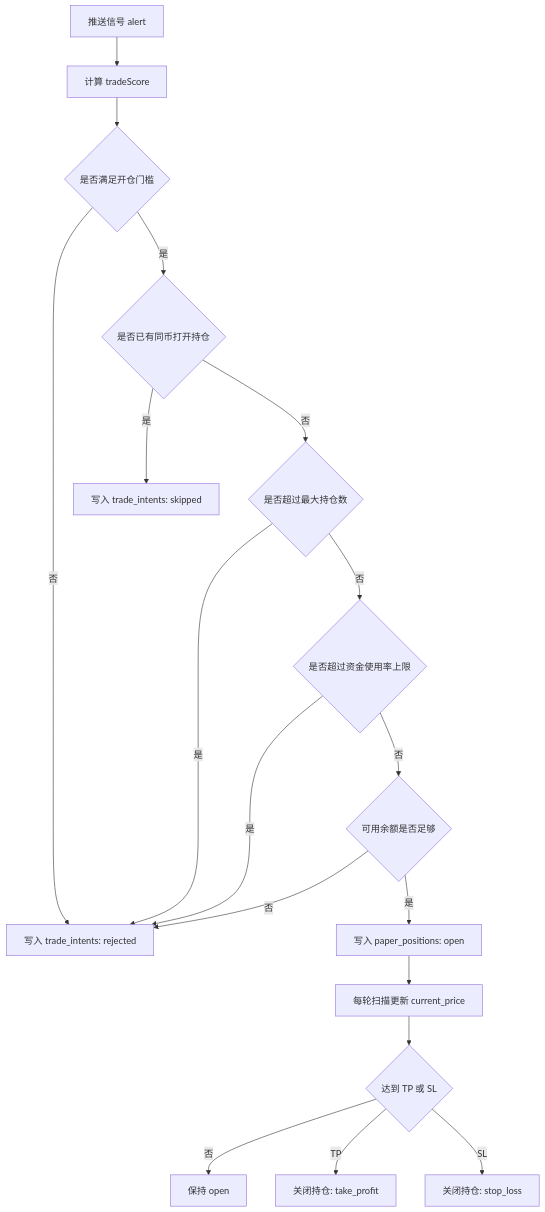
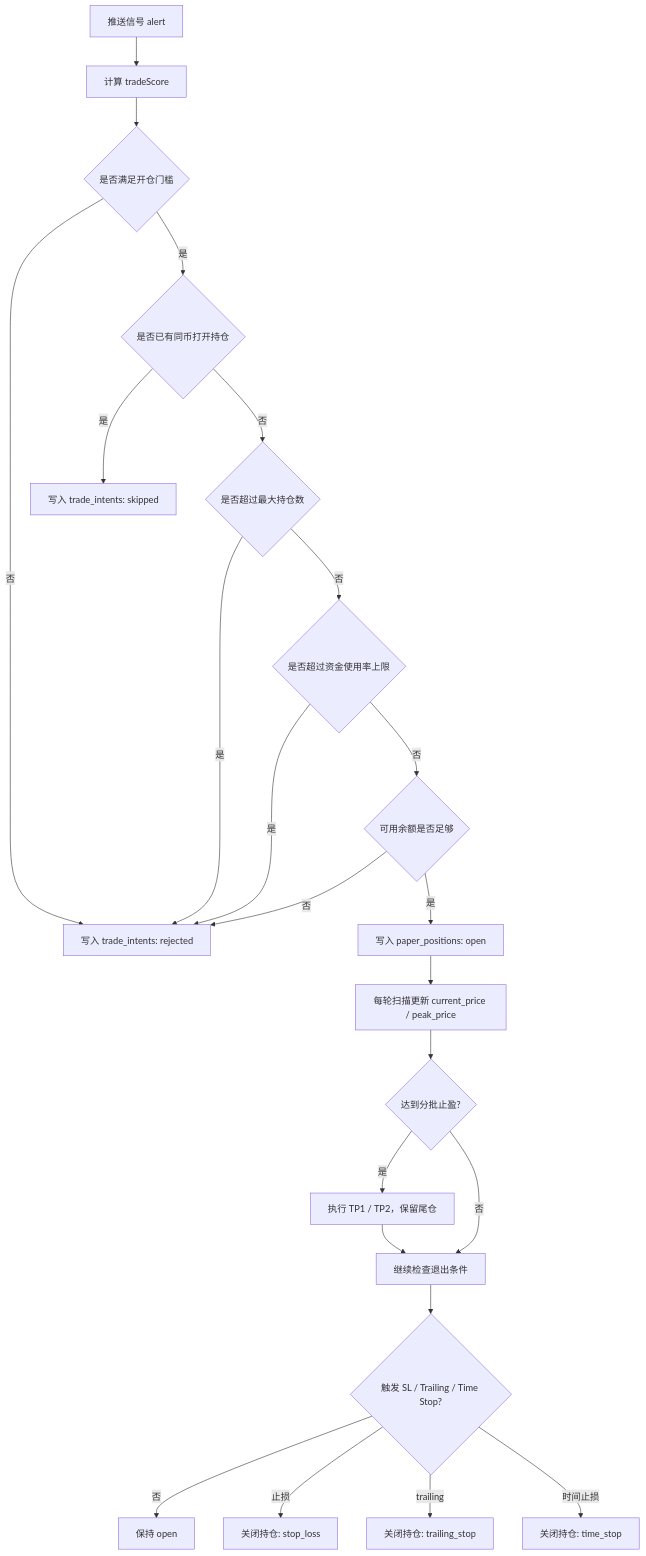
Before and after one commit to 0xSnickers/sol-meme-autoswap: the third of 3 diagrams in docs/当前策略与实现说明.md, drawn with Mermaid. The commit also changed other lines of this file and 43 other files, not shown here.

````diff
--- a/docs/当前策略与实现说明.md
+++ b/docs/当前策略与实现说明.md
@@ -196,20 +213,25 @@
 ```mermaid
 flowchart TD
     A[推送信号 alert] --> B[计算 tradeScore]
     B --> C{是否满足开仓门槛}
     C -- 否 --> D[写入 trade_intents: rejected]
     C -- 是 --> E{是否已有同币打开持仓}
     E -- 是 --> F[写入 trade_intents: skipped]
     E -- 否 --> G{是否超过最大持仓数}
     G -- 是 --> D
     G -- 否 --> H{是否超过资金使用率上限}
     H -- 是 --> D
     H -- 否 --> I{可用余额是否足够}
     I -- 否 --> D
     I -- 是 --> J[写入 paper_positions: open]
-    J --> K[每轮扫描更新 current_price]
-    K --> L{达到 TP 或 SL}
-    L -- 否 --> M[保持 open]
-    L -- TP --> N[关闭持仓: take_profit]
-    L -- SL --> O[关闭持仓: stop_loss]
+    J --> K[每轮扫描更新 current_price / peak_price]
+    K --> L{达到分批止盈?}
+    L -- 是 --> M[执行 TP1 / TP2，保留尾仓]
+    L -- 否 --> N[继续检查退出条件]
+    M --> N
+    N --> O{触发 SL / Trailing / Time Stop?}
+    O -- 否 --> P[保持 open]
+    O -- 止损 --> Q[关闭持仓: stop_loss]
+    O -- trailing --> R[关闭持仓: trailing_stop]
+    O -- 时间止损 --> S[关闭持仓: time_stop]
 ```
````
